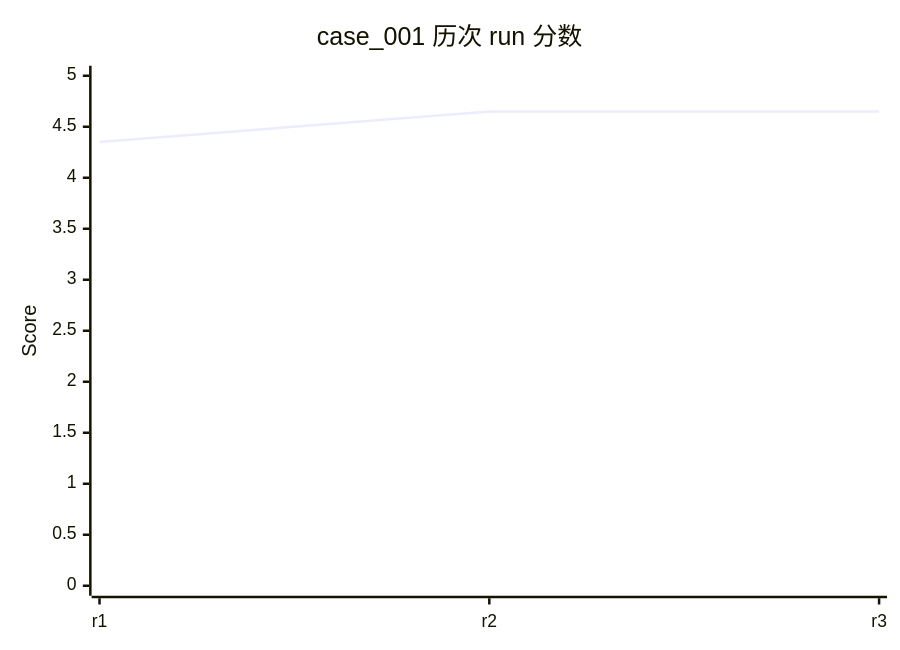
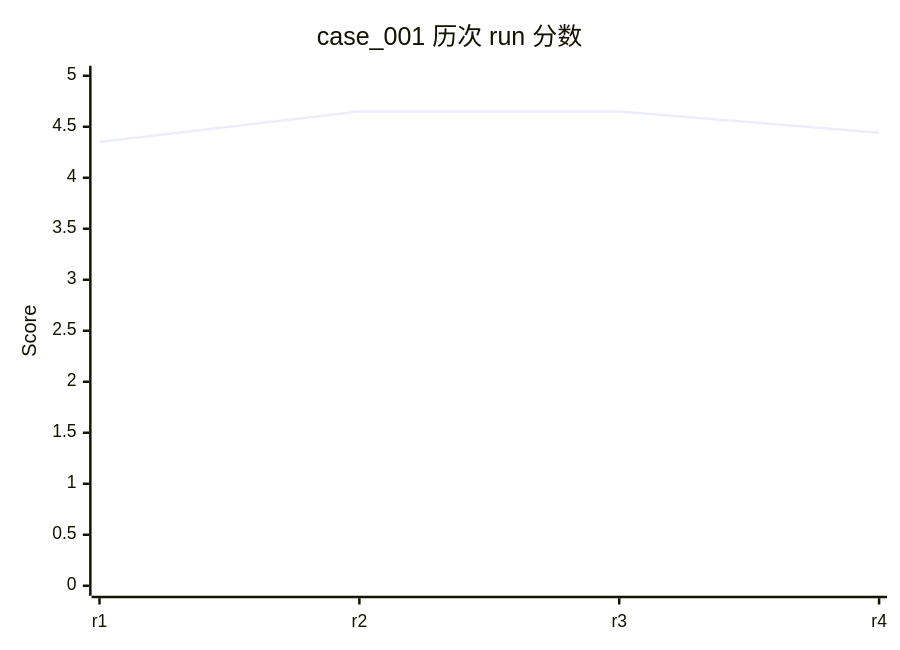
Before and after one commit to rushengzhou/sid-code: the eighth of 58 diagrams in evals/DASHBOARD.md, drawn with Mermaid. The commit also changed other lines of this file and 34 other files, not shown here.

````diff
--- a/evals/DASHBOARD.md
+++ b/evals/DASHBOARD.md
@@ -230,7 +235,7 @@
 ```mermaid
 xychart-beta
     title "case_001 历次 run 分数"
-    x-axis [r1, r2, r3]
+    x-axis [r1, r2, r3, r4]
     y-axis "Score" 0 --> 5
-    line [4.35, 4.65, 4.65]
+    line [4.35, 4.65, 4.65, 4.44]
 ```
````
